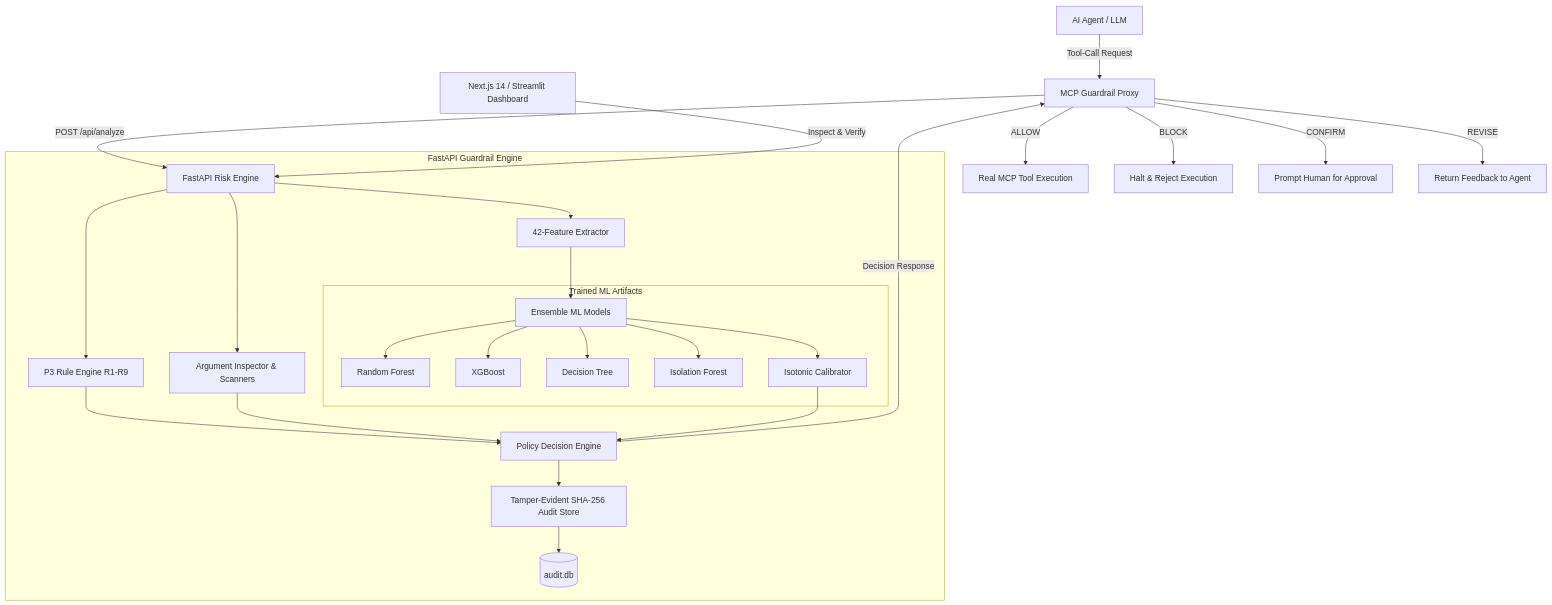
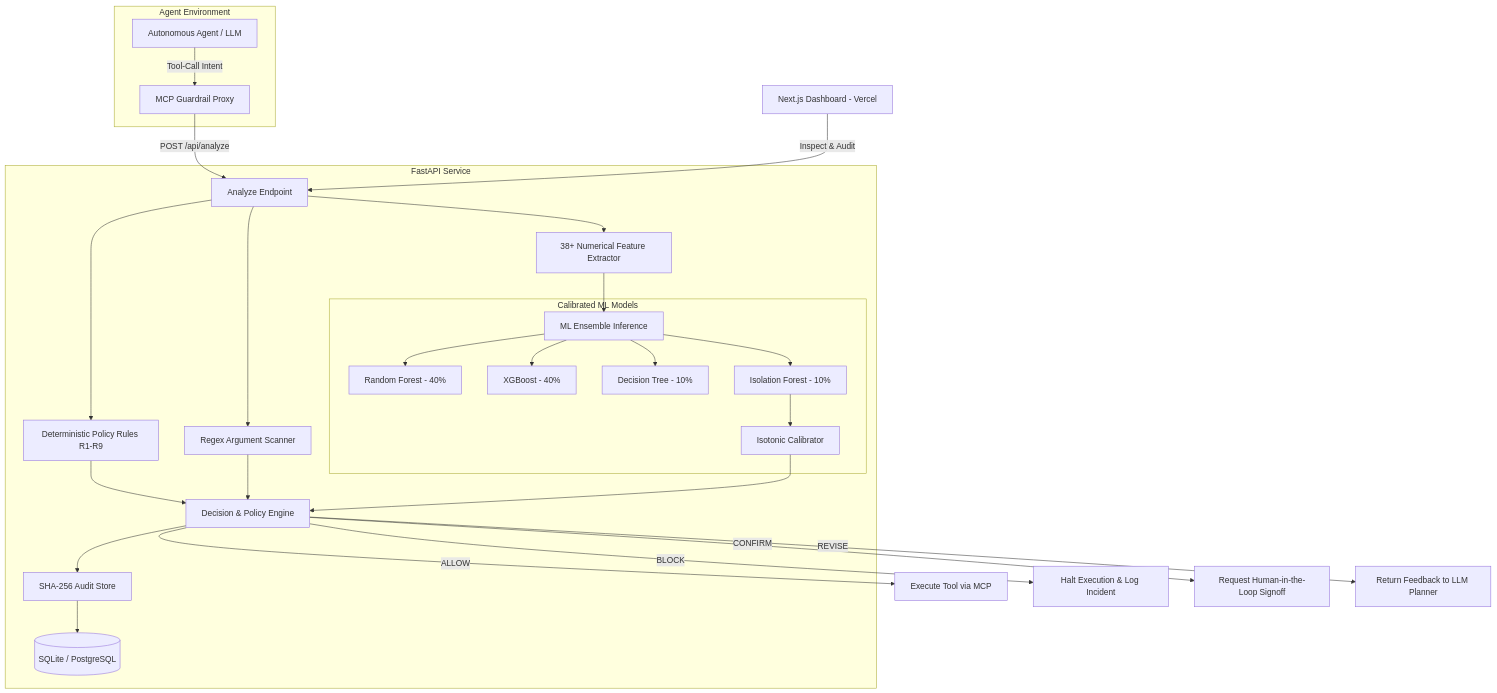
One commit to texon09/Tool-risk-detector changed the diagram in README.md. Above: the diagram before and after it, drawn with Mermaid. The commit also changed other lines of this file, not shown here.

Commit message:
Add comprehensive production README with architecture, dataset specs, CI, and live deployment link

````diff
--- a/README.md
+++ b/README.md
@@ -9,35 +48,36 @@
 ```mermaid
 flowchart TD
-    Agent[AI Agent / LLM] -->|Tool-Call Request| Proxy[MCP Guardrail Proxy]
-    Proxy -->|POST /api/analyze| API[FastAPI Risk Engine]
-    
-    subgraph FastAPI Guardrail Engine
-        API --> Extractor[42-Feature Extractor]
-        API --> Rules[P3 Rule Engine R1-R9]
-        API --> Inspector[Argument Inspector & Scanners]
-        
-        Extractor --> Ensemble[Ensemble ML Models]
-        subgraph Trained ML Artifacts
-            Ensemble --> RF[Random Forest]
-            Ensemble --> XGB[XGBoost]
-            Ensemble --> DT[Decision Tree]
-            Ensemble --> ISO[Isolation Forest]
-            Ensemble --> Calib[Isotonic Calibrator]
+    subgraph Agent Environment
+        LLM[Autonomous Agent / LLM] -->|Tool-Call Intent| Proxy[MCP Guardrail Proxy]
+    end
+
+    subgraph Guardrail API Engine [FastAPI Service]
+        Proxy -->|POST /api/analyze| API[Analyze Endpoint]
+        API --> Extractor[38+ Numerical Feature Extractor]
+        API --> Inspector[Regex Argument Scanner]
+        API --> Rules[Deterministic Policy Rules R1-R9]
+
+        Extractor --> Ensemble[ML Ensemble Inference]
+        subgraph Calibrated ML Models
+            Ensemble --> RF[Random Forest - 40%]
+            Ensemble --> XGB[XGBoost - 40%]
+            Ensemble --> DT[Decision Tree - 10%]
+            Ensemble --> ISO[Isolation Forest - 10%]
+            ISO --> Calibrator[Isotonic Calibrator]
         end
-        
-        Rules --> Policy[Policy Decision Engine]
-        Inspector --> Policy
-        Calib --> Policy
-        
-        Policy --> Audit[Tamper-Evident SHA-256 Audit Store]
-        Audit --> SQLite[(audit.db)]
+
+        Rules --> DecisionEngine[Decision & Policy Engine]
+        Inspector --> DecisionEngine
+        Calibrator --> DecisionEngine
+
+        DecisionEngine --> AuditStore[SHA-256 Audit Store]
+        AuditStore --> DB[(SQLite / PostgreSQL)]
     end
-    
-    Policy -->|Decision Response| Proxy
-    Proxy -->|ALLOW| Tools[Real MCP Tool Execution]
-    Proxy -->|BLOCK| BlockErr[Halt & Reject Execution]
-    Proxy -->|CONFIRM| User[Prompt Human for Approval]
-    Proxy -->|REVISE| AgentRevise[Return Feedback to Agent]
-    
-    UI[Next.js 14 / Streamlit Dashboard] -->|Inspect & Verify| API
+
+    DecisionEngine -->|ALLOW| Exec[Execute Tool via MCP]
+    DecisionEngine -->|BLOCK| Reject[Halt Execution & Log Incident]
+    DecisionEngine -->|CONFIRM| Human[Request Human-in-the-Loop Signoff]
+    DecisionEngine -->|REVISE| Feedback[Return Feedback to LLM Planner]
+
+    Dashboard[Next.js Dashboard - Vercel] -->|Inspect & Audit| API
 ```
````
